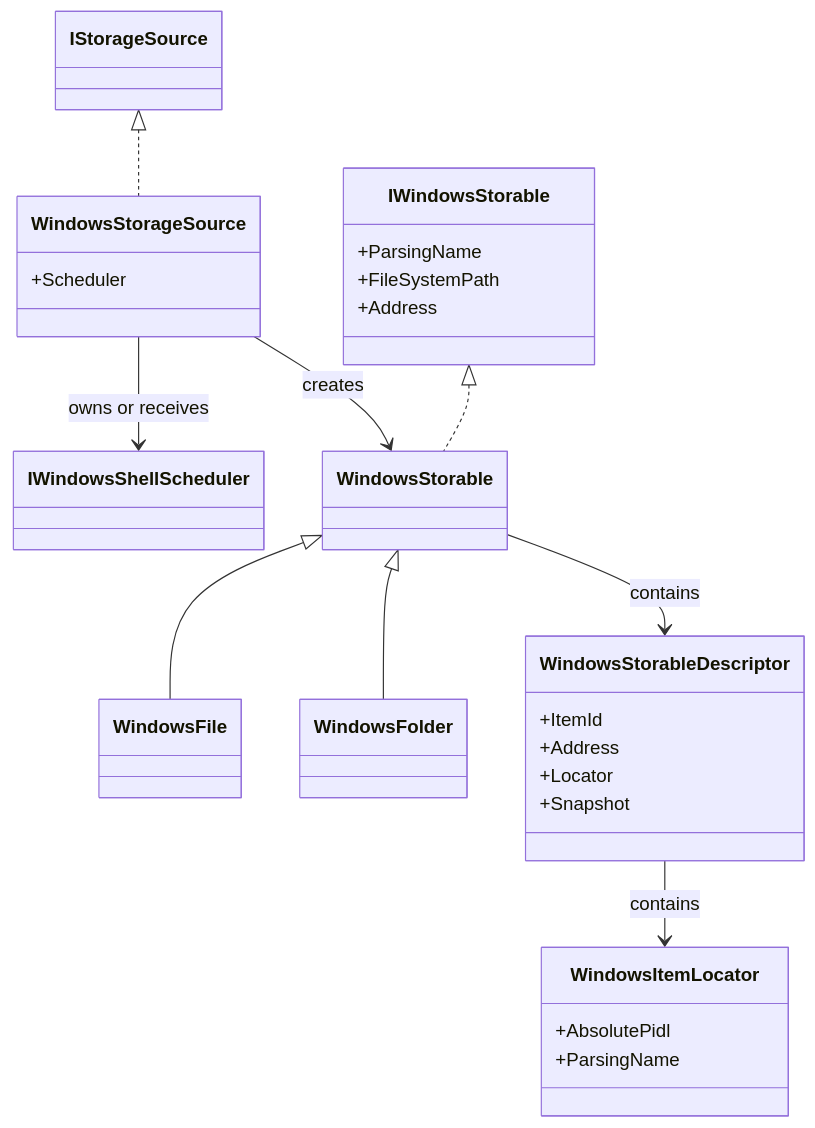
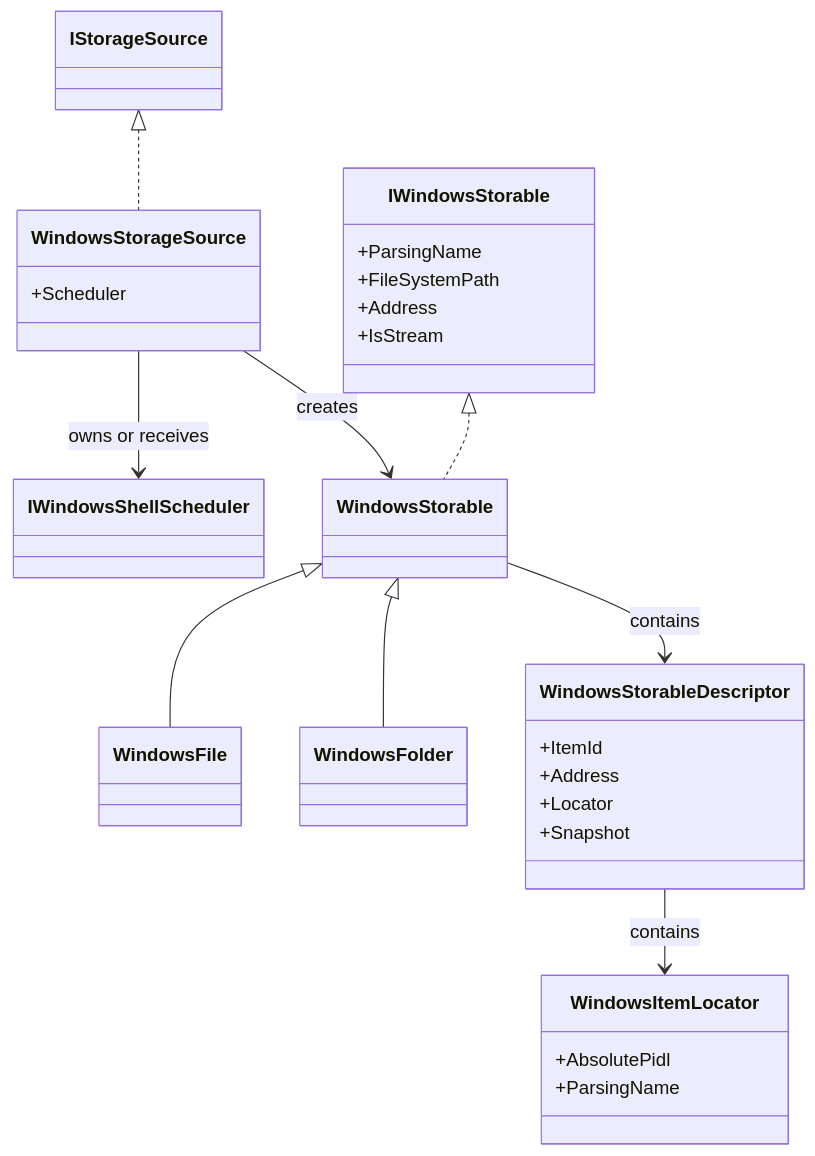
One commit to 0x5bfa/Files changed the first of 8 diagrams in docs/architecture/windows-storage.md. Above: the diagram before and after it, drawn with Mermaid. The commit also changed other lines of this file and 51 other files, not shown here.

````diff
--- a/docs/architecture/windows-storage.md
+++ b/docs/architecture/windows-storage.md
@@ -7,35 +7,36 @@
 ```mermaid
 classDiagram
     class IStorageSource
     class WindowsStorageSource {
         +Scheduler
     }
     class IWindowsShellScheduler
     class WindowsStorableDescriptor {
         +ItemId
         +Address
         +Locator
         +Snapshot
     }
     class WindowsItemLocator {
         +AbsolutePidl
         +ParsingName
     }
     class IWindowsStorable {
         +ParsingName
         +FileSystemPath
         +Address
+        +IsStream
     }
     class WindowsStorable
     class WindowsFile
     class WindowsFolder
 
     IStorageSource <|.. WindowsStorageSource
     WindowsStorageSource --> IWindowsShellScheduler : owns or receives
     IWindowsStorable <|.. WindowsStorable
     WindowsStorable <|-- WindowsFile
     WindowsStorable <|-- WindowsFolder
     WindowsStorable --> WindowsStorableDescriptor : contains
     WindowsStorableDescriptor --> WindowsItemLocator : contains
     WindowsStorageSource --> WindowsStorable : creates
 ```
````
